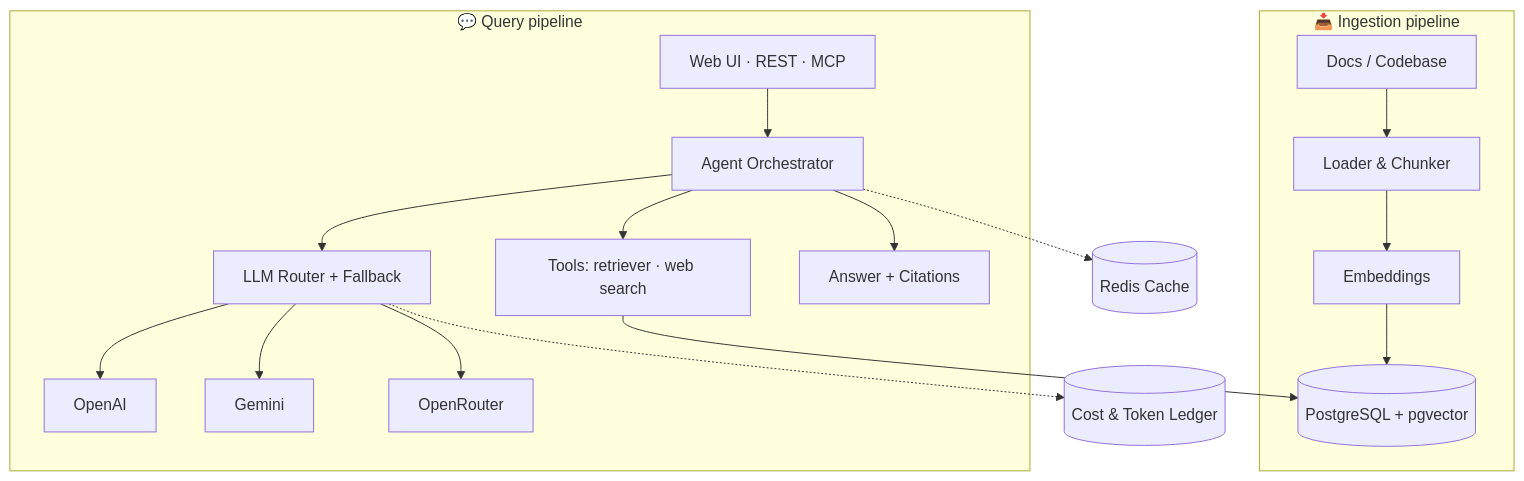
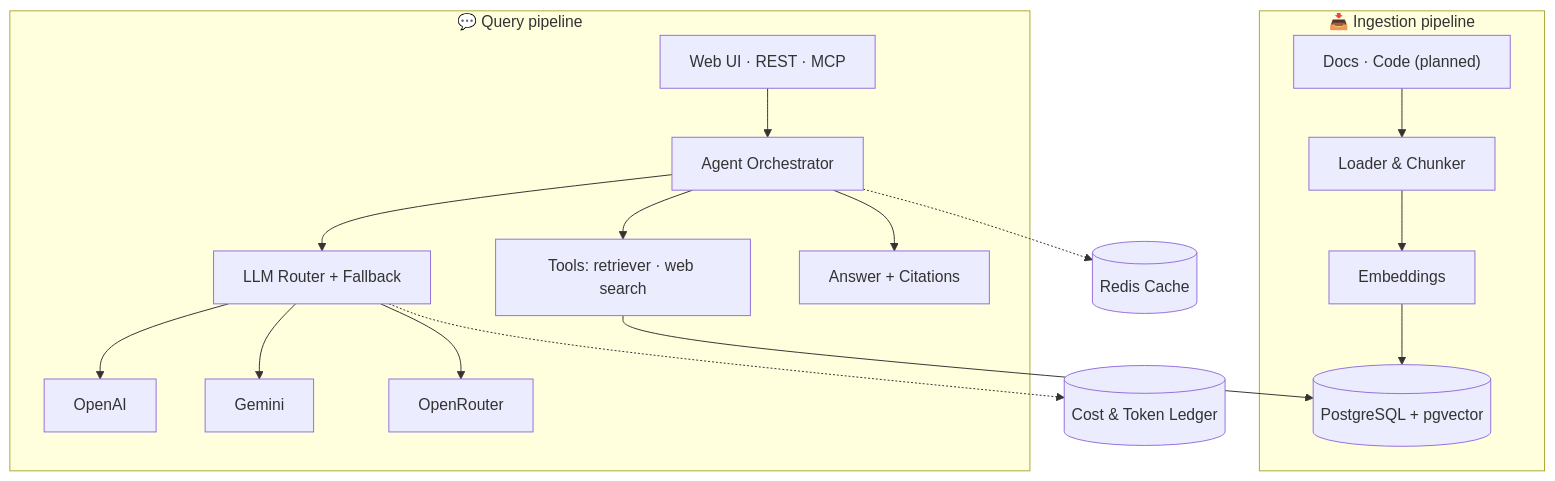
One commit to athosmartinez/docent changed the diagram in README.md. Above: the diagram before and after it, drawn with Mermaid. The commit also changed other lines of this file and 1 other file, not shown here.

````diff
--- a/README.md
+++ b/README.md
@@ -47,22 +47,22 @@
 ```mermaid
 flowchart TB
   subgraph Ingestion["📥 Ingestion pipeline"]
-    SRC["Docs / Codebase"] --> CHUNK["Loader & Chunker"]
+    SRC["Docs · Code (planned)"] --> CHUNK["Loader & Chunker"]
     CHUNK --> EMB["Embeddings"]
     EMB --> VEC[("PostgreSQL + pgvector")]
   end
 
   subgraph Query["💬 Query pipeline"]
     CL["Web UI · REST · MCP"] --> AGENT["Agent Orchestrator"]
     AGENT --> TOOLS["Tools: retriever · web search"]
     TOOLS --> VEC
     AGENT --> ROUTER["LLM Router + Fallback"]
     ROUTER --> P1["OpenAI"]
     ROUTER --> P2["Gemini"]
     ROUTER --> P3["OpenRouter"]
     AGENT --> ANS["Answer + Citations"]
   end
 
   ROUTER -.-> COST[("Cost & Token Ledger")]
   AGENT -.-> CACHE[("Redis Cache")]
 ```
````
